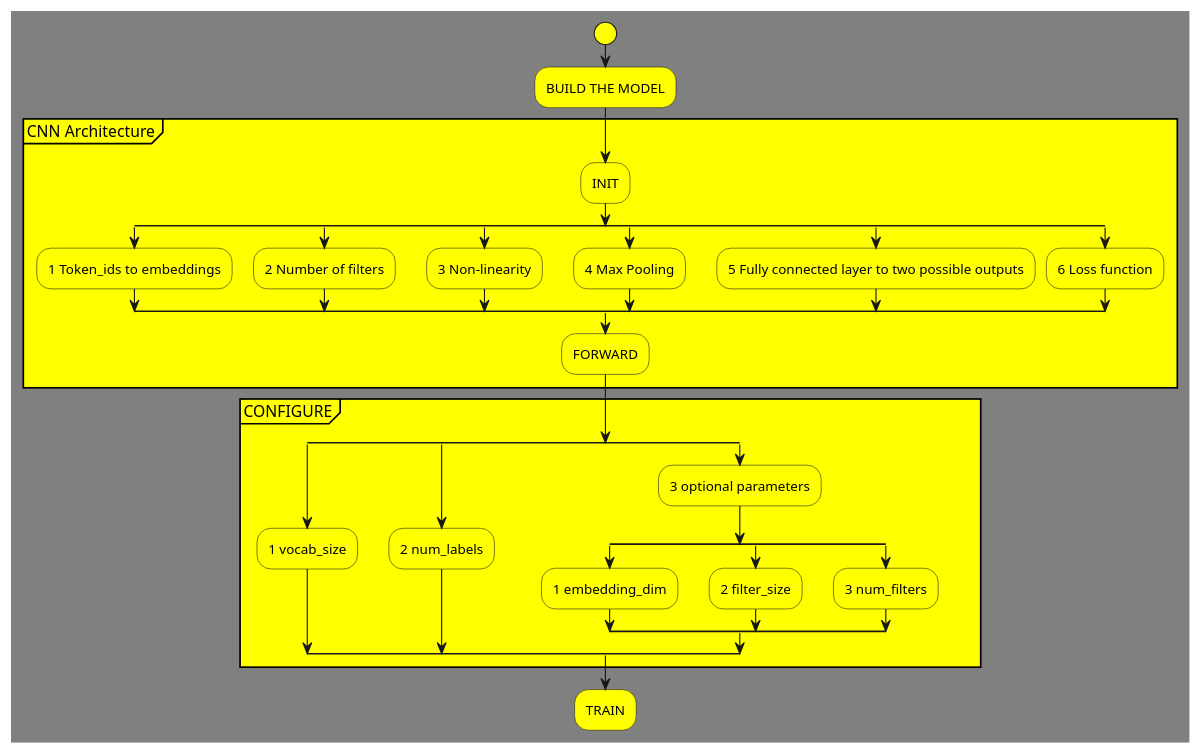
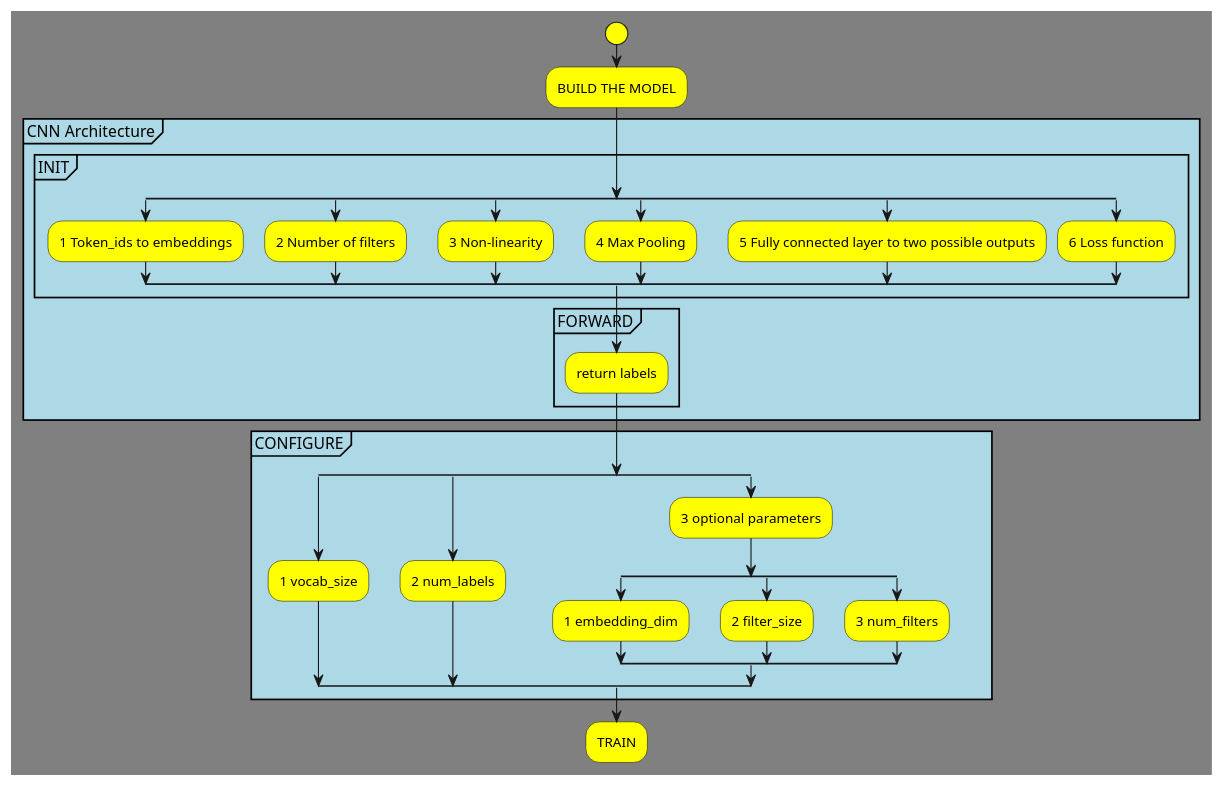
The diagram in week2/cnn2.puml (heinohen/TKO_8965_deep_learning_HLT), drawn with PlantUML before and after one commit. The commit also changed 14 other files, not shown here.

```diff
--- a/week2/cnn2.puml
+++ b/week2/cnn2.puml
@@ -1,51 +1,54 @@
 @startuml cnn2
 
 <style>
 activityDiagram {
   BackgroundColor #FFFF00
   BorderColor #33668E
   FontColor #000000
   FontName arial
 }
 
 document {
    BackgroundColor gray
 }
 </style>
 start
 :BUILD THE MODEL;
-partition CNN Architecture {
-    :INIT;
+partition #LightBlue CNN Architecture {
+    partition #LightBlue INIT {
     split
         :1 Token_ids to embeddings;
     split again
         :2 Number of filters;
     split again
         :3 Non-linearity;
     split again
         :4 Max Pooling;
     split again
         :5 Fully connected layer to two possible outputs;
     split again
         :6 Loss function;
     end split
-    :FORWARD;
+    }
+    partition #LightBlue FORWARD{
+        :return labels;
+    }
 }
-partition CONFIGURE {
+partition #LightBlue CONFIGURE {
     split
         :1 vocab_size;
     split again
         :2 num_labels;
     split again
         :3 optional parameters;
         split
         :1 embedding_dim;
         split again
         :2 filter_size;
         split again
         :3 num_filters;
         end split
     end split
 }
 :TRAIN;
 @enduml
```
